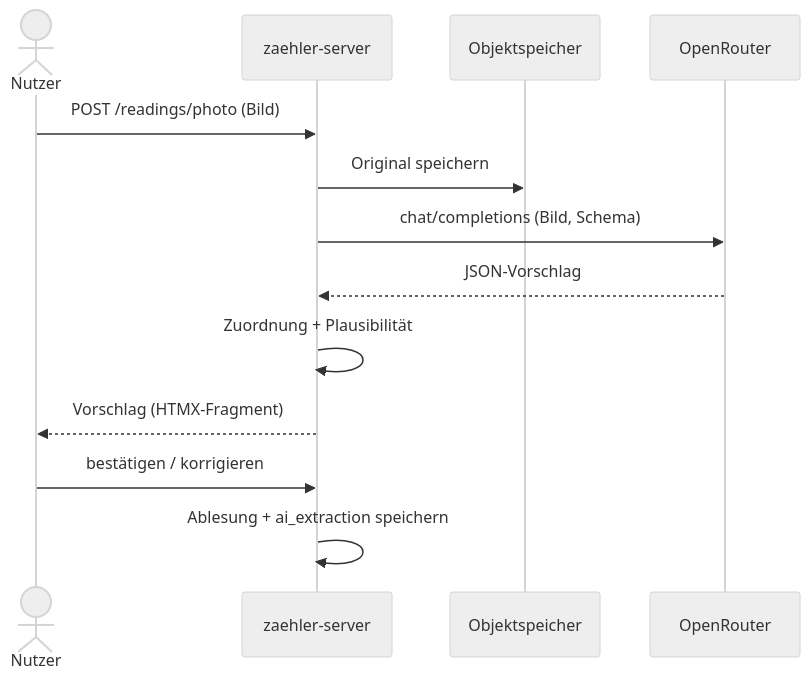
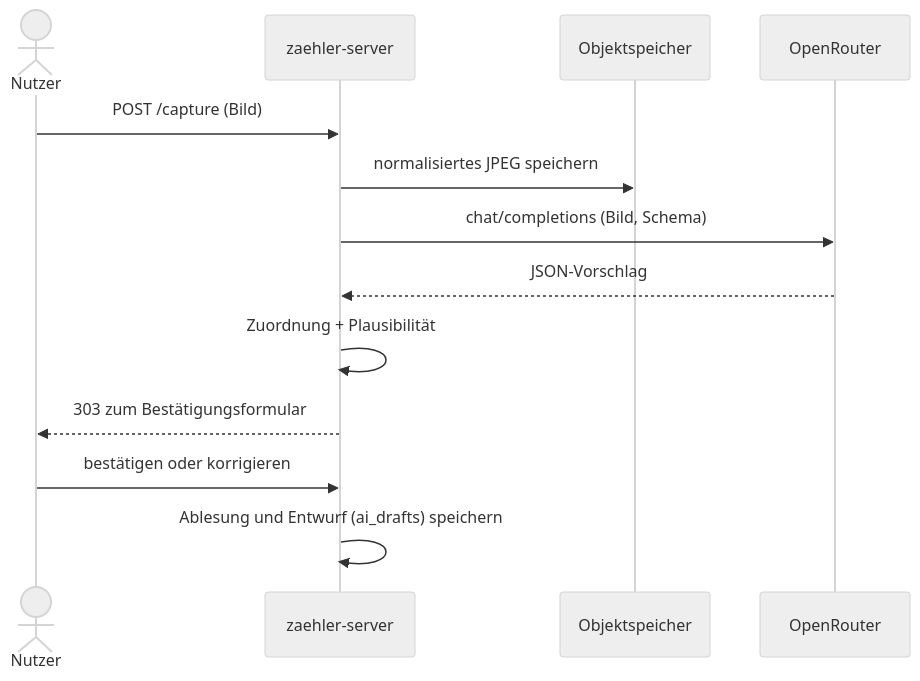
The diagram in docs/architektur/ablaeufe.md (tomirgang/zaehler), drawn with Mermaid (neutral theme) before and after one commit. The commit also changed other lines of this file and 61 other files, not shown here.

````diff
--- a/docs/architektur/ablaeufe.md
+++ b/docs/architektur/ablaeufe.md
@@ -22,15 +22,15 @@
 ```{mermaid}
 sequenceDiagram
   actor U as Nutzer
   participant S as zaehler-server
   participant O as Objektspeicher
   participant A as OpenRouter
-  U->>S: POST /readings/photo (Bild)
-  S->>O: Original speichern
+  U->>S: POST /capture (Bild)
+  S->>O: normalisiertes JPEG speichern
   S->>A: chat/completions (Bild, Schema)
   A-->>S: JSON-Vorschlag
   S->>S: Zuordnung + Plausibilität
-  S-->>U: Vorschlag (HTMX-Fragment)
-  U->>S: bestätigen / korrigieren
-  S->>S: Ablesung + ai_extraction speichern
+  S-->>U: 303 zum Bestätigungsformular
+  U->>S: bestätigen oder korrigieren
+  S->>S: Ablesung und Entwurf (ai_drafts) speichern
 ```
````
